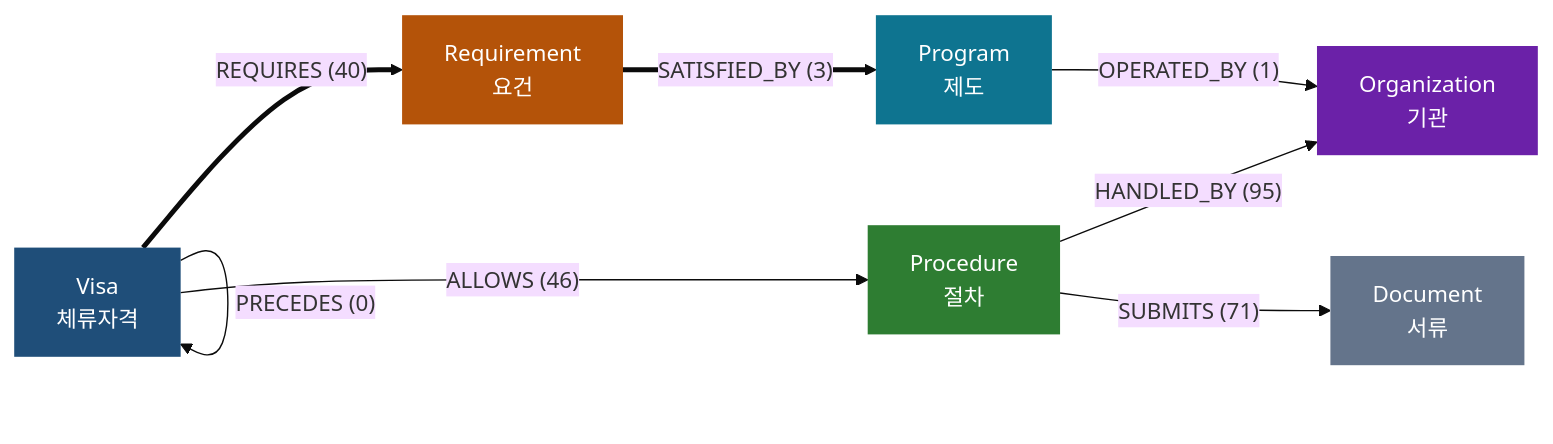
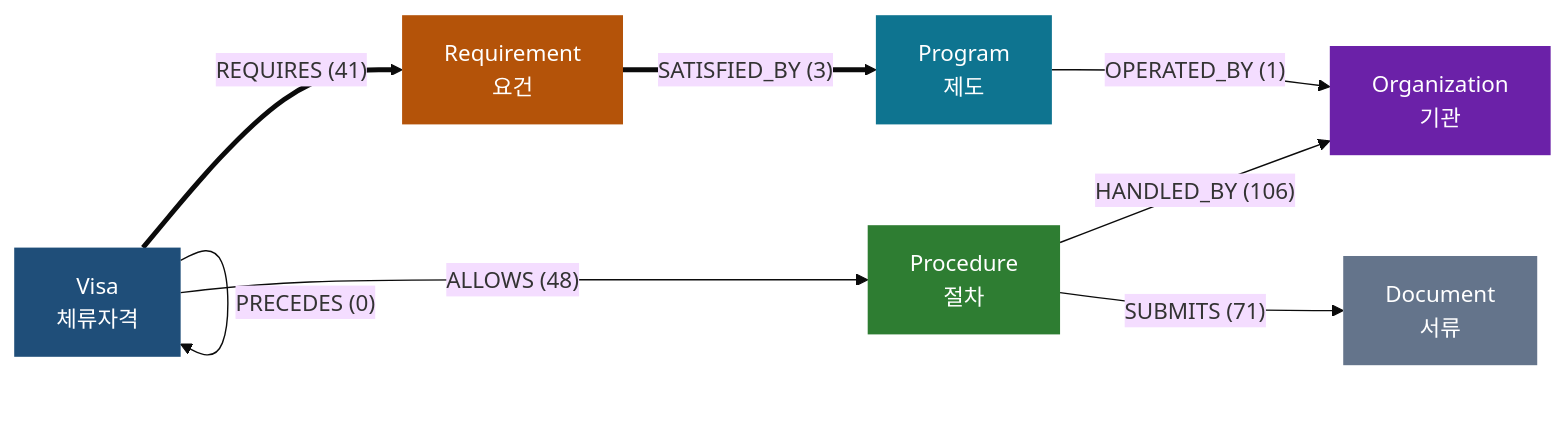
The diagram in README.md (jubyeong-kim/visa-graph-agent), drawn with Mermaid (base theme) before and after one commit. The commit also changed other lines of this file and 31 other files, not shown here.

````diff
--- a/README.md
+++ b/README.md
@@ -72,25 +72,25 @@
 ```mermaid
 graph LR
   Visa["Visa<br/>체류자격"]
   Procedure["Procedure<br/>절차"]
   Requirement["Requirement<br/>요건"]
   Organization["Organization<br/>기관"]
   Program["Program<br/>제도"]
   Document["Document<br/>서류"]
 
   Visa ==>|"CONVERTS_TO (16)"| Visa
-  Visa ==>|"REQUIRES (40)"| Requirement
-  Visa -->|"ALLOWS (46)"| Procedure
-  Procedure -->|"HANDLED_BY (95)"| Organization
+  Visa ==>|"REQUIRES (41)"| Requirement
+  Visa -->|"ALLOWS (48)"| Procedure
+  Procedure -->|"HANDLED_BY (106)"| Organization
   Procedure -->|"SUBMITS (71)"| Document
   Requirement ==>|"SATISFIED_BY (3)"| Program
   Program -->|"OPERATED_BY (1)"| Organization
   Visa -->|"PRECEDES (0)"| Visa
 
   style Visa fill:#1f4e79,color:#fff,stroke:none
   style Procedure fill:#2e7d32,color:#fff,stroke:none
   style Requirement fill:#b45309,color:#fff,stroke:none
   style Organization fill:#6b21a8,color:#fff,stroke:none
   style Program fill:#0e7490,color:#fff,stroke:none
   style Document fill:#64748b,color:#fff,stroke:none
 ```
````
